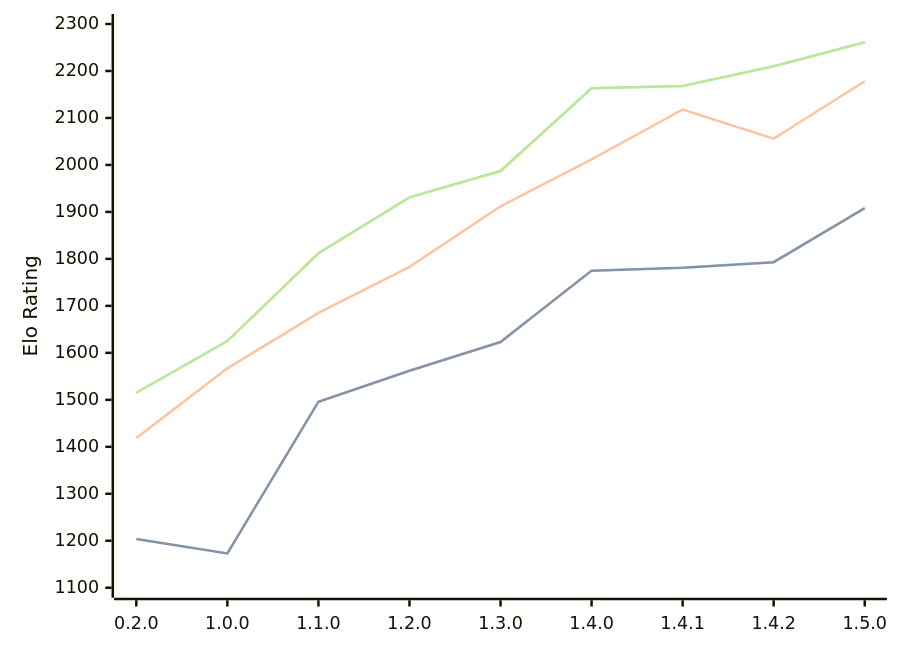
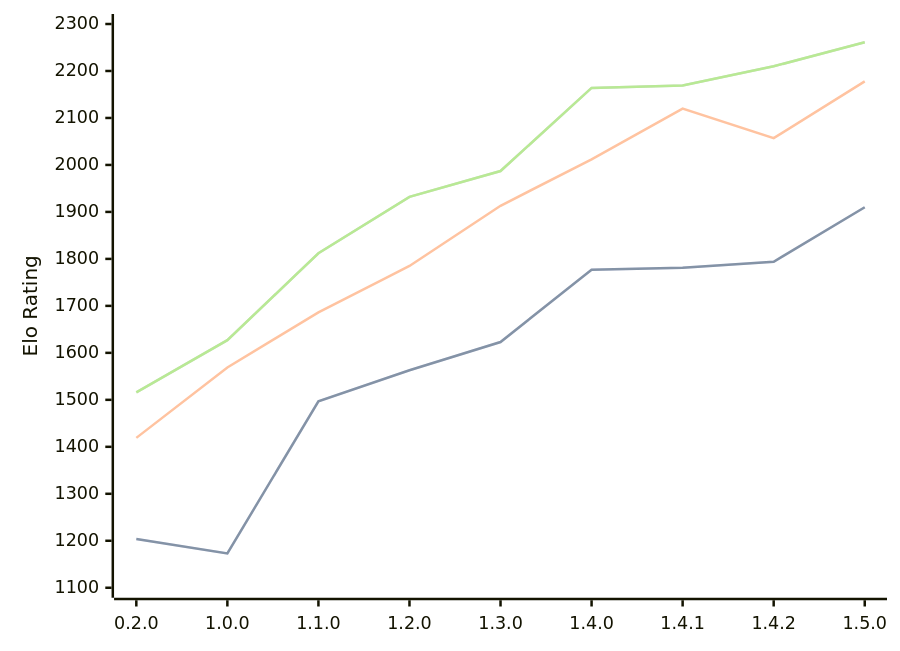
Before and after one commit to computer-chess-index/cci: the diagram in engines/Zeppelin.md, drawn with Mermaid. The commit also changed other lines of this file, not shown here.

Commit message:
Update CCI Ratings (ELO VLTC) - 2026-05-21

````diff
--- a/engines/Zeppelin.md
+++ b/engines/Zeppelin.md
@@ -41,11 +41,11 @@
 ```mermaid
 %%{init: {"theme":"base","themeVariables":{"seriesColors:['#a3a3a3','#222221','#faa371']}}}%%
 xychart-beta
   x-axis ["0.2.0", "1.0.0", "1.1.0", "1.2.0", "1.3.0", "1.4.0", "1.4.1", "1.4.2", "1.5.0"]
   y-axis "Elo Rating" 1100 --> 2300
-  line "STC (8.0+0.08s)" [1204, 1173, 1496, 1562, 1623, 1775, 1781, 1793, 1908]
-  line "STC (8.0+0.08s)" [1204, 1173, 1496, 1562, 1623, 1775, 1781, 1793, 1908]
-  line "LTC (60.0+0.60s)" [1419, 1567, 1685, 1783, 1912, 2012, 2118, 2056, 2178]
-  line "VLTC (2m24s+1.12s)" [1515, 1625, 1812, 1931, 1987, 2163, 2168, 2210, 2261]
-  line "VLTC (2m24s+1.12s)" [1515, 1625, 1812, 1931, 1987, 2163, 2168, 2210, 2261]
+  line "STC (8.0+0.08s)" [1204, 1173, 1497, 1563, 1623, 1777, 1781, 1794, 1910]
+  line "STC (8.0+0.08s)" [1204, 1173, 1497, 1563, 1623, 1777, 1781, 1794, 1910]
+  line "LTC (60.0+0.60s)" [1419, 1569, 1686, 1785, 1913, 2012, 2120, 2057, 2178]
+  line "VLTC (2m24s+1.12s)" [1516, 1627, 1812, 1932, 1987, 2164, 2169, 2210, 2261]
+  line "VLTC (2m24s+1.12s)" [1516, 1627, 1812, 1932, 1987, 2164, 2169, 2210, 2261]
 ```
````
